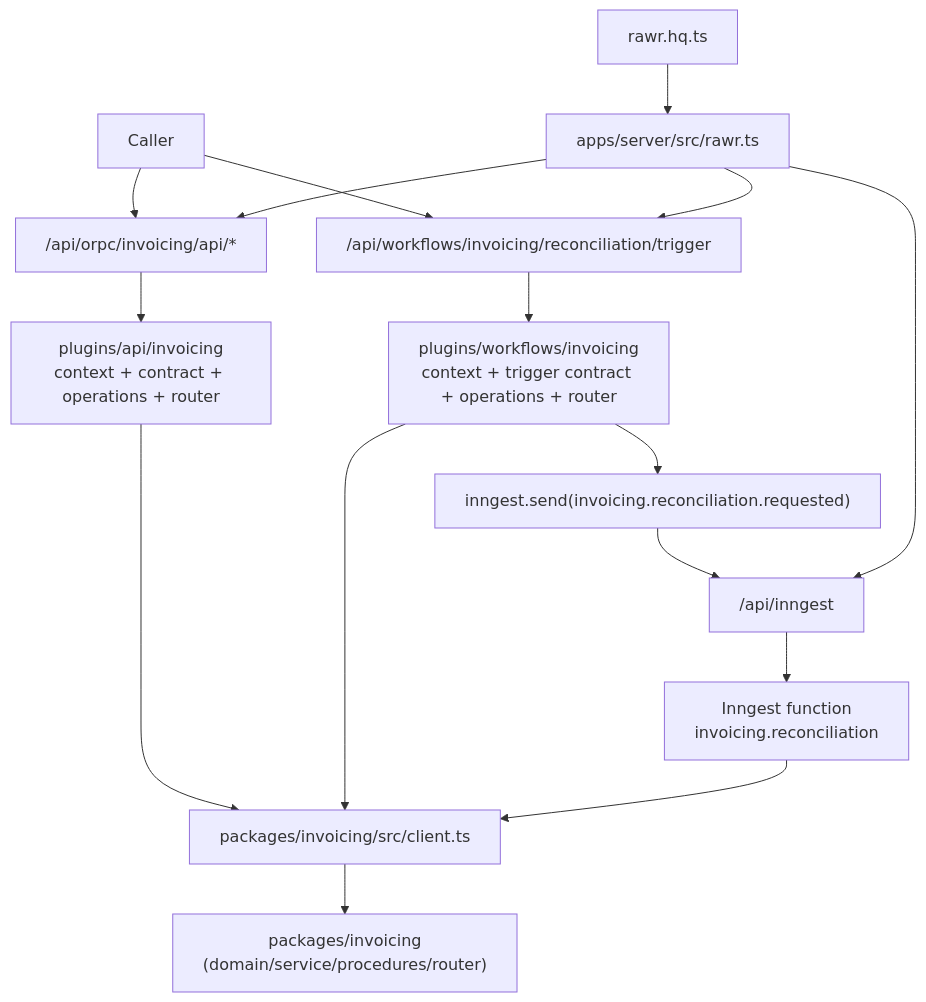
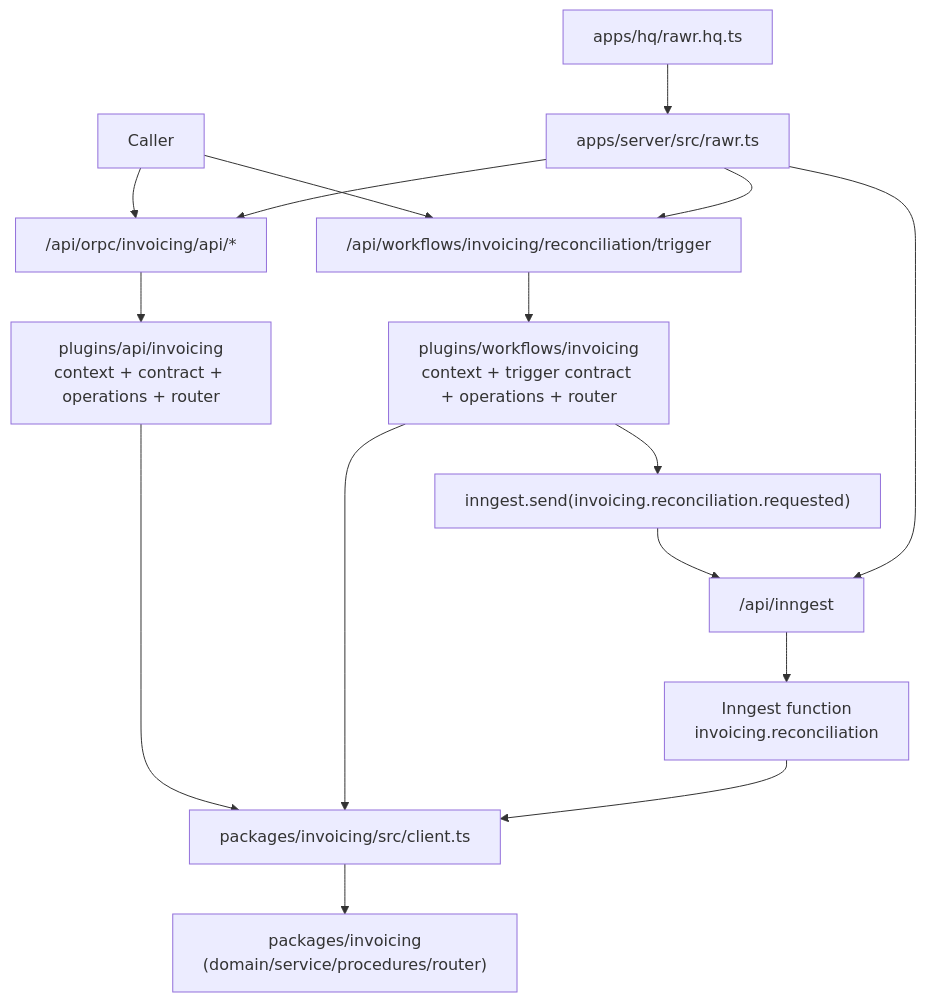
One commit to rawr-ai/rawr-hq-template changed the diagram in docs/projects/orpc-ingest-workflows-spec/examples/e2e-02-api-workflows-composed.md. Above: the diagram before and after it, drawn with Mermaid. The commit also changed other lines of this file and 51 other files, not shown here.

Commit message:
refactor(hq): promote canonical apps/hq rawr manifest entrypoint

````diff
--- a/docs/projects/orpc-ingest-workflows-spec/examples/e2e-02-api-workflows-composed.md
+++ b/docs/projects/orpc-ingest-workflows-spec/examples/e2e-02-api-workflows-composed.md
@@ -26,22 +26,22 @@
 ```mermaid
 flowchart TD
   Caller["Caller"] --> Api["/api/orpc/invoicing/api/*"]
   Caller --> Trigger["/api/workflows/invoicing/reconciliation/trigger"]
 
   Api --> ApiPlugin["plugins/api/invoicing\ncontext + contract + operations + router"]
   Trigger --> WfPlugin["plugins/workflows/invoicing\ncontext + trigger contract + operations + router"]
 
   ApiPlugin --> PkgClient["packages/invoicing/src/client.ts"]
   WfPlugin --> PkgClient
 
   WfPlugin --> Enqueue["inngest.send(invoicing.reconciliation.requested)"]
   Enqueue --> Ingress["/api/inngest"]
   Ingress --> Fn["Inngest function\ninvoicing.reconciliation"]
   Fn --> PkgClient
 
   PkgClient --> Pkg["packages/invoicing\n(domain/service/procedures/router)"]
   Host["apps/server/src/rawr.ts"] --> Api
   Host --> Trigger
   Host --> Ingress
-  Root["rawr.hq.ts"] --> Host
+  Root["apps/hq/rawr.hq.ts"] --> Host
 ```
````
